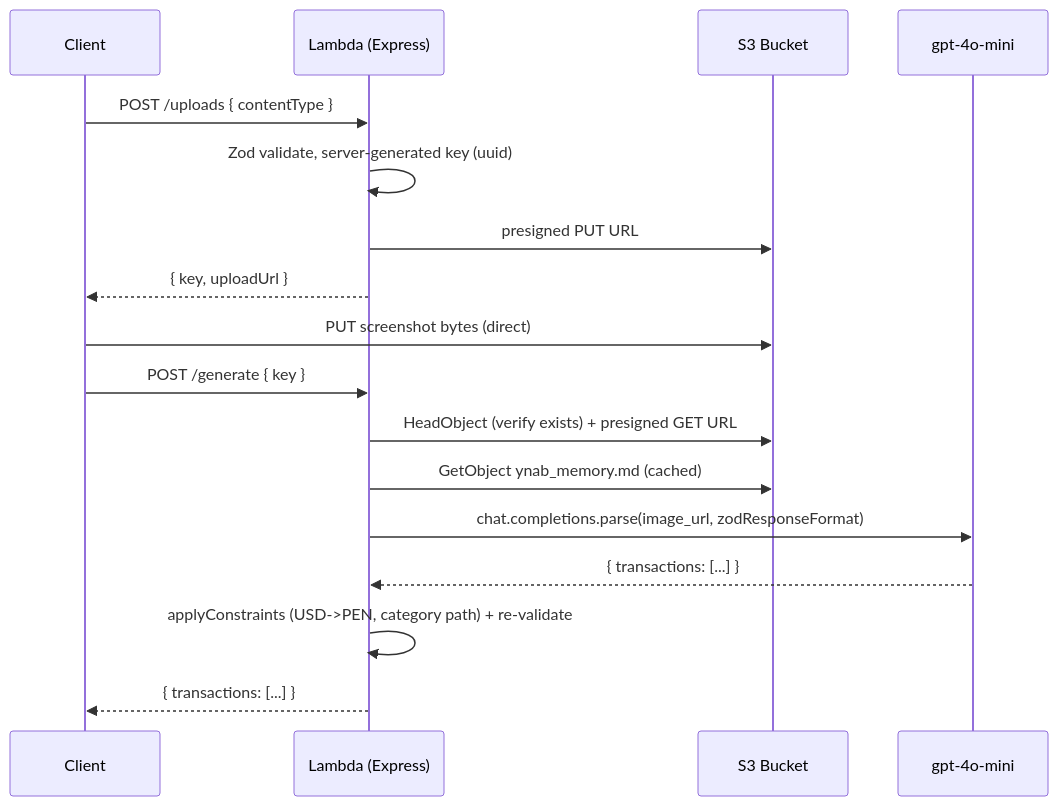
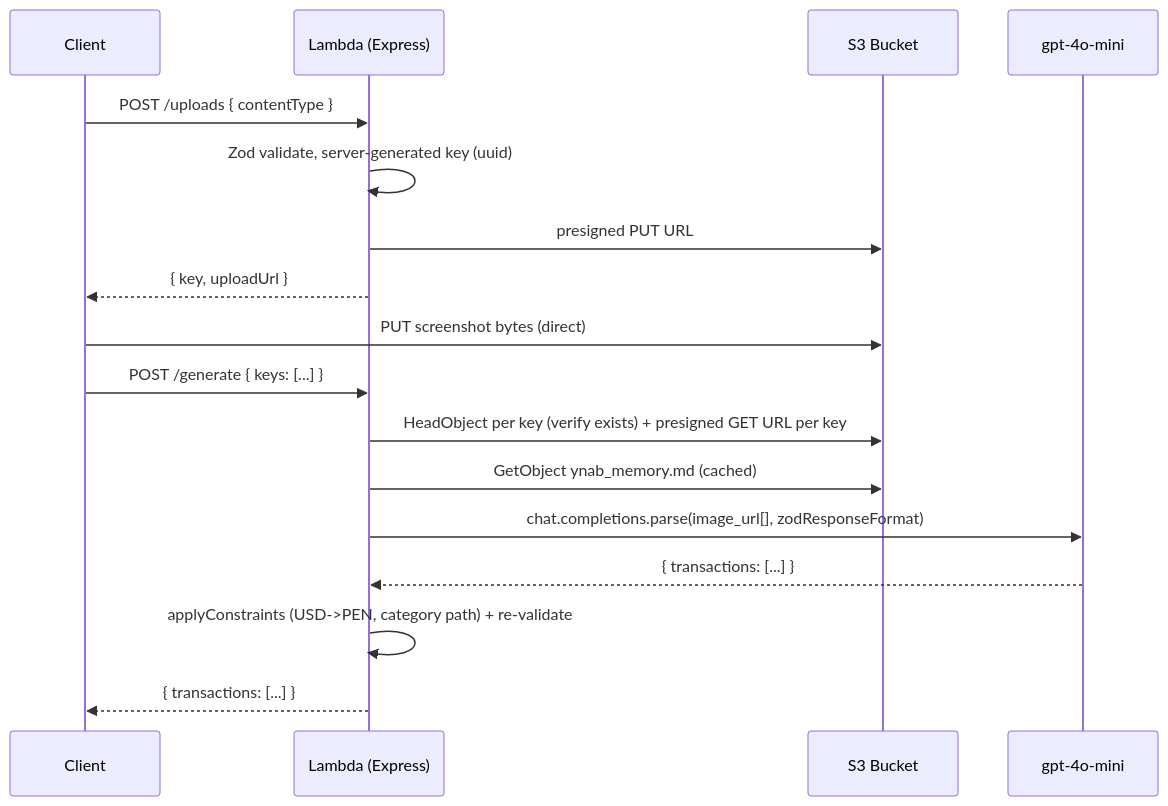
One commit to joshnavdev/ynabagent-api changed the diagram in .cursor/skills/sam-express-vision/SKILL.md. Above: the diagram before and after it, drawn with Mermaid. The commit also changed other lines of this file and 6 other files, not shown here.

````diff
--- a/.cursor/skills/sam-express-vision/SKILL.md
+++ b/.cursor/skills/sam-express-vision/SKILL.md
@@ -12,20 +12,20 @@
 ```mermaid
 sequenceDiagram
     participant C as Client
     participant L as Lambda (Express)
     participant S3 as S3 Bucket
     participant AI as gpt-4o-mini
 
     C->>L: POST /uploads { contentType }
     L->>L: Zod validate, server-generated key (uuid)
     L->>S3: presigned PUT URL
     L-->>C: { key, uploadUrl }
     C->>S3: PUT screenshot bytes (direct)
-    C->>L: POST /generate { key }
-    L->>S3: HeadObject (verify exists) + presigned GET URL
+    C->>L: POST /generate { keys: [...] }
+    L->>S3: HeadObject per key (verify exists) + presigned GET URL per key
     L->>S3: GetObject ynab_memory.md (cached)
-    L->>AI: chat.completions.parse(image_url, zodResponseFormat)
+    L->>AI: chat.completions.parse(image_url[], zodResponseFormat)
     AI-->>L: { transactions: [...] }
     L->>L: applyConstraints (USD->PEN, category path) + re-validate
     L-->>C: { transactions: [...] }
 ```
````
